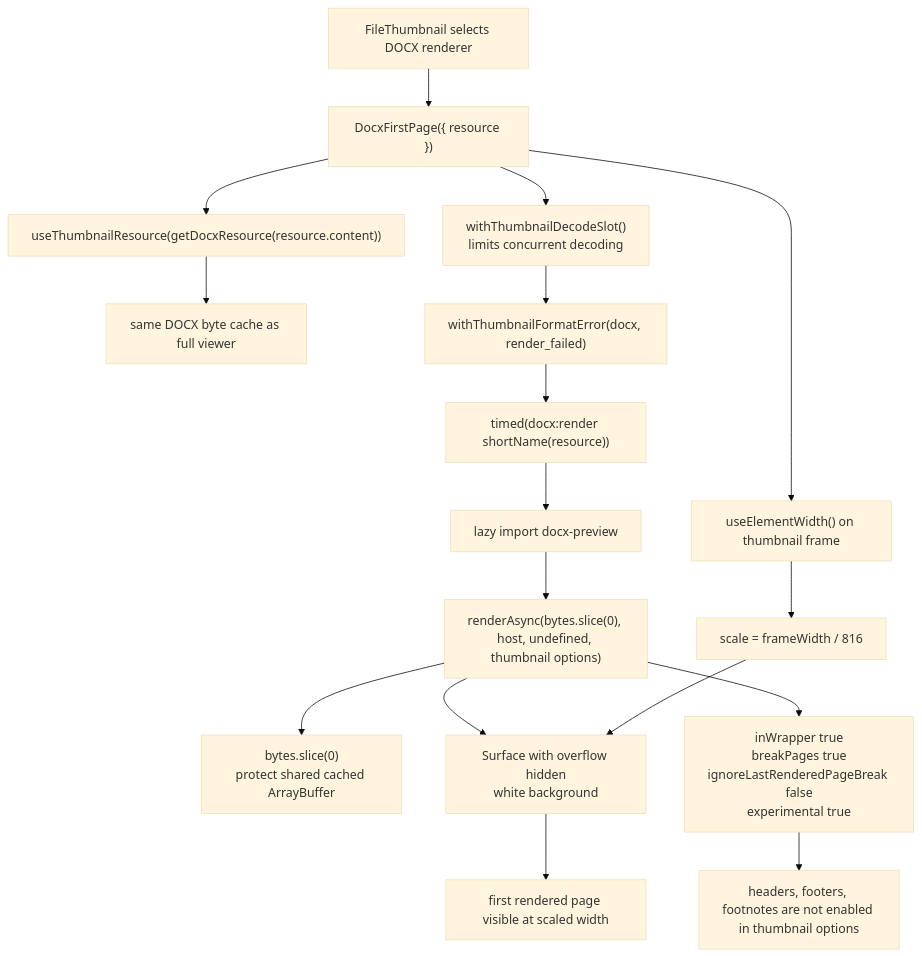
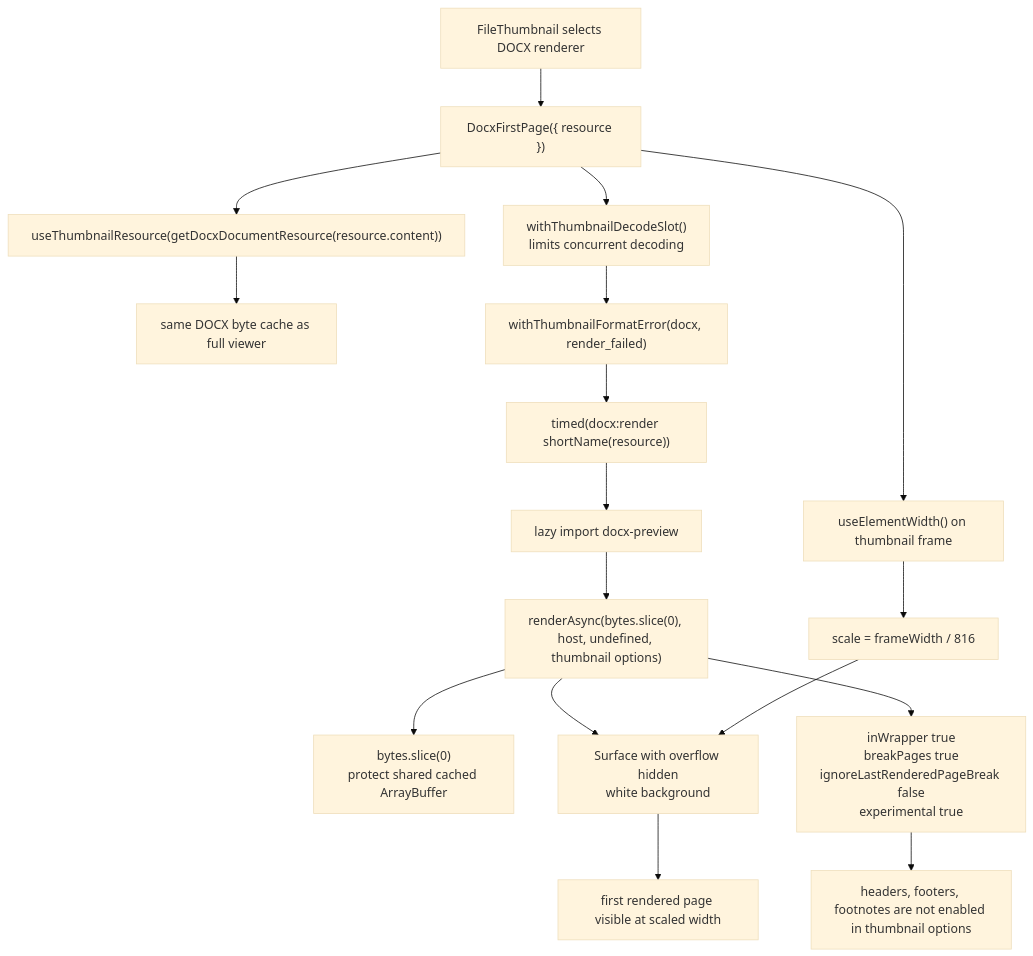
The fifth of 6 diagrams in components/ui/docx-viewer-system.md (retab-dev/retab-ui), drawn with Mermaid (base theme) before and after one commit. The commit also changed other lines of this file and 210 other files, not shown here.

````diff
--- a/components/ui/docx-viewer-system.md
+++ b/components/ui/docx-viewer-system.md
@@ -393,19 +393,19 @@
 ```mermaid
 flowchart TB
   FileThumbnail["FileThumbnail selects DOCX renderer"] --> DocxFirstPage["DocxFirstPage({ resource })"]
-  DocxFirstPage --> SharedBytes["useThumbnailResource(getDocxResource(resource.content))"]
+  DocxFirstPage --> SharedBytes["useThumbnailResource(getDocxDocumentResource(resource.content))"]
   SharedBytes --> DocxByteCache["same DOCX byte cache as full viewer"]
   DocxFirstPage --> FrameMeasure["useElementWidth() on thumbnail frame"]
   FrameMeasure --> Scale["scale = frameWidth / 816"]
   DocxFirstPage --> DecodeSlot["withThumbnailDecodeSlot()\nlimits concurrent decoding"]
   DecodeSlot --> FormatWrapper["withThumbnailFormatError(docx, render_failed)"]
   FormatWrapper --> Timed["timed(docx:render shortName(resource))"]
   Timed --> LazyImport["lazy import docx-preview"]
   LazyImport --> Render["renderAsync(bytes.slice(0), host, undefined, thumbnail options)"]
   Render --> Copy["bytes.slice(0)\nprotect shared cached ArrayBuffer"]
   Render --> Options["inWrapper true\nbreakPages true\nignoreLastRenderedPageBreak false\nexperimental true"]
   Options --> Note["headers, footers, footnotes are not enabled in thumbnail options"]
   Render --> Surface["Surface with overflow hidden\nwhite background"]
   Scale --> Surface
   Surface --> FirstPage["first rendered page visible at scaled width"]
 ```
````
